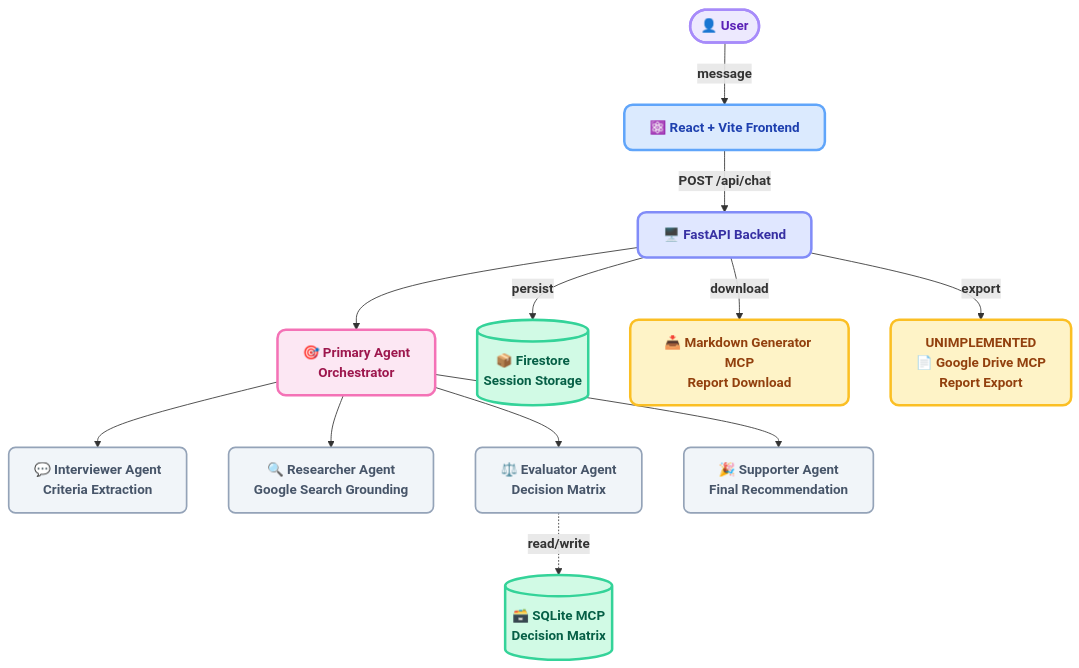
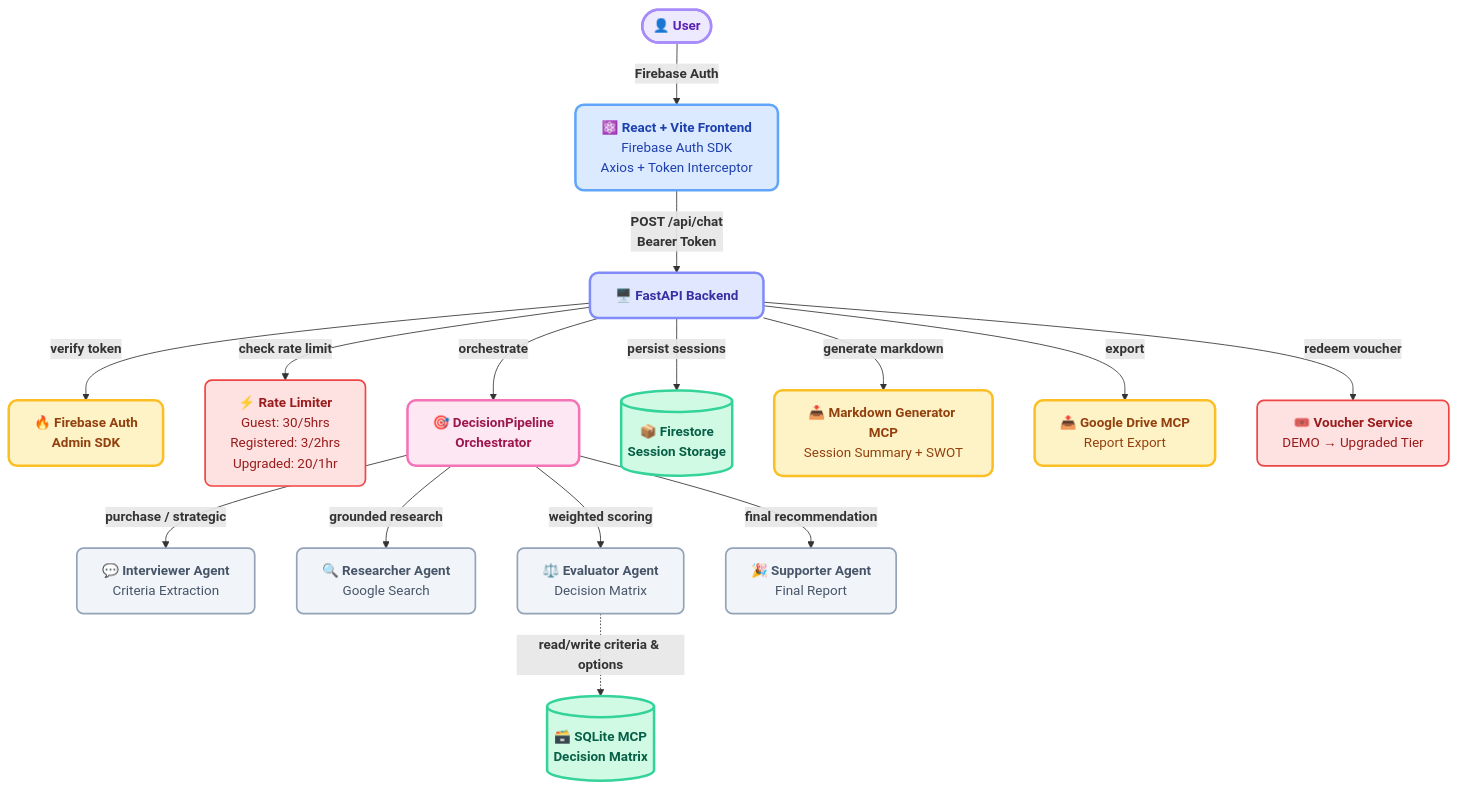
One commit to withered-flowers/apps-hackathon-project-adk changed the sixth of 6 diagrams in README.md. Above: the diagram before and after it, drawn with Mermaid. The commit also changed other lines of this file and 1 other file, not shown here.

````diff
--- a/README.md
+++ b/README.md
@@ -114,30 +195,40 @@
 ```mermaid
 graph TD
     classDef userNode fill:#ede9fe,stroke:#a78bfa,color:#5b21b6,stroke-width:3px,rx:10px,ry:10px
     classDef frontendNode fill:#dbeafe,stroke:#60a5fa,color:#1e40af,stroke-width:3px,rx:10px,ry:10px
     classDef backendNode fill:#e0e7ff,stroke:#818cf8,color:#3730a3,stroke-width:3px,rx:10px,ry:10px
     classDef orchestratorNode fill:#fce7f3,stroke:#f472b6,color:#9d174d,stroke-width:3px,rx:10px,ry:10px
     classDef agentNode fill:#f1f5f9,stroke:#94a3b8,color:#475569,stroke-width:2px,rx:8px,ry:8px
     classDef storageNode fill:#d1fae5,stroke:#34d399,color:#065f46,stroke-width:3px,rx:10px,ry:10px
+    classDef authNode fill:#fef3c7,stroke:#fbbf24,color:#92400e,stroke-width:3px,rx:10px,ry:10px
+    classDef rateNode fill:#fee2e2,stroke:#ef4444,color:#991b1b,stroke-width:2px,rx:8px,ry:8px
     classDef exportNode fill:#fef3c7,stroke:#fbbf24,color:#92400e,stroke-width:3px,rx:10px,ry:10px
 
-    User(["<b>👤 User</b>"]) -->|"<b>message</b>"| FE["<b>⚛️ React + Vite Frontend</b>"]
-    FE -->|"<b>POST /api/chat</b>"| BE["<b>🖥️ FastAPI Backend</b>"]
-    BE --> PA["<b>🎯 Primary Agent<br/>Orchestrator</b>"]
-    PA --> IA["<b>💬 Interviewer Agent<br/>Criteria Extraction</b>"]
-    PA --> RA["<b>🔍 Researcher Agent<br/>Google Search Grounding</b>"]
-    PA --> EA["<b>⚖️ Evaluator Agent<br/>Decision Matrix</b>"]
-    PA --> SA["<b>🎉 Supporter Agent<br/>Final Recommendation</b>"]
-    EA -.->|"<b>read/write</b>"| MCP[("<b>🗃️ SQLite MCP<br/>Decision Matrix</b>")]
-    BE -->|"<b>persist</b>"| FS[("<b>📦 Firestore<br/>Session Storage</b>")]
-    BE -->|"<b>download</b>"| MG["<b>📥 Markdown Generator MCP<br/>Report Download</b>"]
-    BE -->|"<b>export</b>"| DM["<b>UNIMPLEMENTED<br/>📄 Google Drive MCP<br/>Report Export</b>"]
+    User(["<b>👤 User</b>"]) -->|"<b>Firebase Auth</b>"| FE["<b>⚛️ React + Vite Frontend</b><br/>Firebase Auth SDK<br/>Axios + Token Interceptor"]
+    FE -->|"<b>POST /api/chat<br/>Bearer Token</b>"| BE["<b>🖥️ FastAPI Backend</b>"]
+    BE -->|"<b>verify token</b>"| FA["<b>🔥 Firebase Auth<br/>Admin SDK</b>"]
+    BE -->|"<b>check rate limit</b>"| RL["<b>⚡ Rate Limiter</b><br/>Guest: 30/5hrs<br/>Registered: 3/2hrs<br/>Upgraded: 20/1hr"]
+    BE -->|"<b>orchestrate</b>"| PA["<b>🎯 DecisionPipeline<br/>Orchestrator</b>"]
+
+    PA -->|"<b>purchase / strategic</b>"| IA["<b>💬 Interviewer Agent</b><br/>Criteria Extraction"]
+    PA -->|"<b>grounded research</b>"| RA["<b>🔍 Researcher Agent</b><br/>Google Search"]
+    PA -->|"<b>weighted scoring</b>"| EA["<b>⚖️ Evaluator Agent</b><br/>Decision Matrix"]
+    PA -->|"<b>final recommendation</b>"| SA["<b>🎉 Supporter Agent</b><br/>Final Report"]
+
+    EA -.->|"<b>read/write criteria & options</b>"| MCP[("<b>🗃️ SQLite MCP<br/>Decision Matrix</b>")]
+    BE -->|"<b>persist sessions</b>"| FS[("<b>📦 Firestore<br/>Session Storage</b>")]
+    BE -->|"<b>generate markdown</b>"| MG["<b>📥 Markdown Generator MCP</b><br/>Session Summary + SWOT"]
+    BE -->|"<b>export</b>"| DM["<b>📤 Google Drive MCP</b><br/>Report Export"]
+    BE -->|"<b>redeem voucher</b>"| VS["<b>🎟️ Voucher Service</b><br/>DEMO → Upgraded Tier"]
 
     class User userNode
     class FE frontendNode
     class BE backendNode
+    class FA authNode
+    class RL rateNode
     class PA orchestratorNode
     class IA,RA,EA,SA agentNode
     class MCP,FS storageNode
     class DM,MG exportNode
+    class VS rateNode
 ```
````
